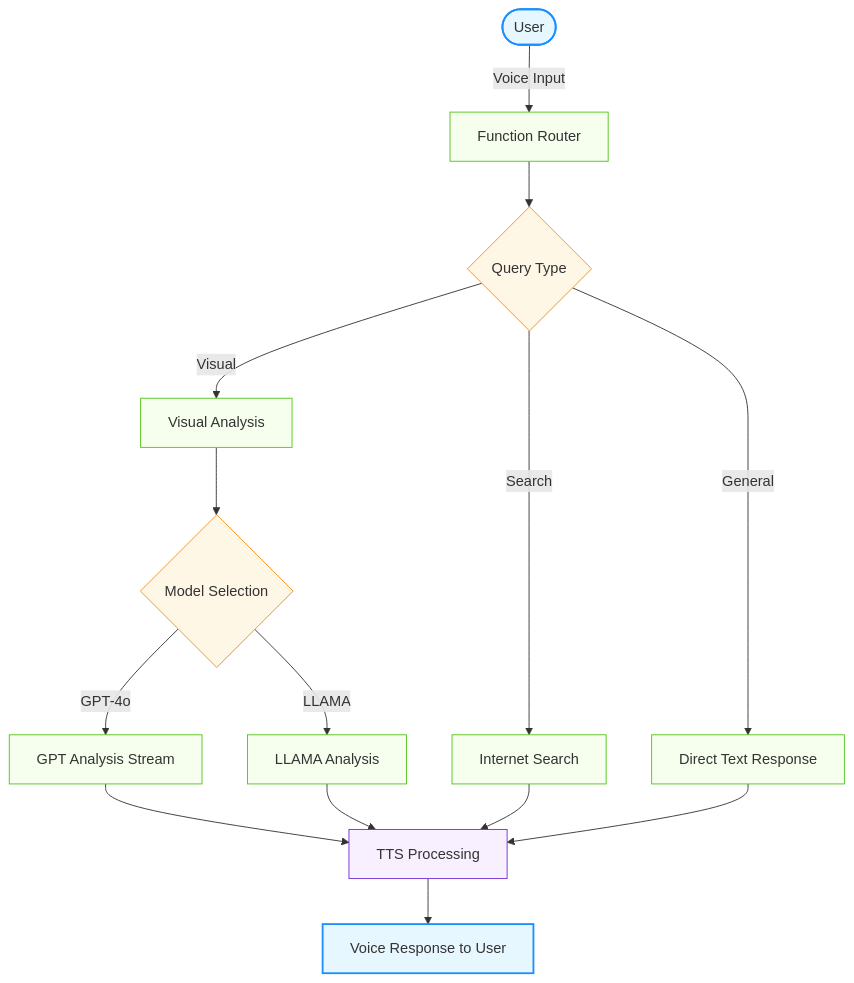
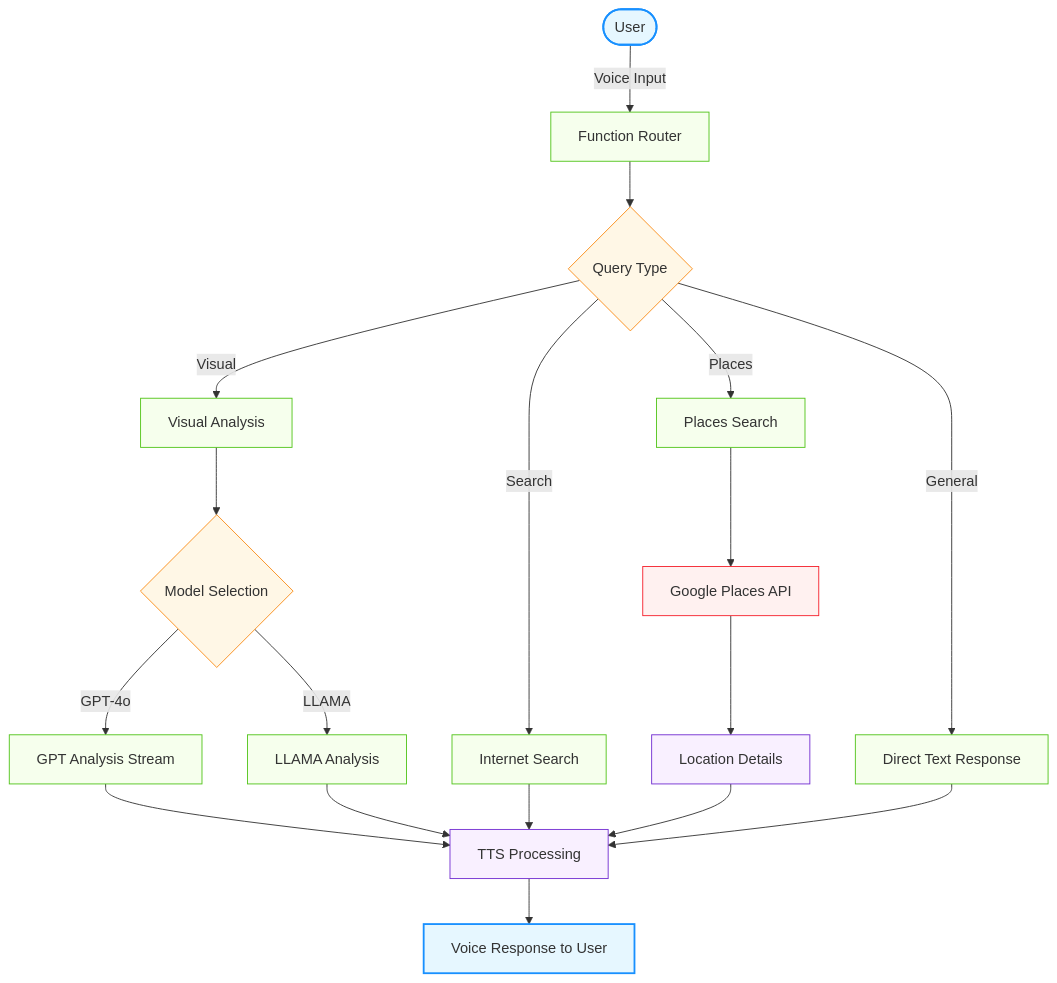
One commit to codingaslu/Voice-Vision-Assistant-for-Blind changed the diagram in README.md. Above: the diagram before and after it, drawn with Mermaid. The commit also changed 4 other files, not shown here.

````diff
--- a/README.md
+++ b/README.md
@@ -23,34 +23,42 @@
 ```mermaid
 graph TD
     %% Main flow - simplified
     User([User]) --> |"Voice Input"| Router["Function Router"]
     Router --> QueryType{"Query Type"}
     
     %% Simplified branches
     QueryType -->|"Visual"| VisualProcess["Visual Analysis"]
     QueryType -->|"Search"| SearchProcess["Internet Search"]
+    QueryType -->|"Places"| PlacesProcess["Places Search"]
     QueryType -->|"General"| TextProcess["Direct Text Response"]
     
     %% Simplified visual path
     VisualProcess --> ModelChoice{"Model Selection"}
     ModelChoice -->|"GPT-4o"| GPTAnalysis["GPT Analysis Stream"]
     ModelChoice -->|"LLAMA"| LLAMAAnalysis["LLAMA Analysis"]
     
+    %% Places path
+    PlacesProcess --> GooglePlaces["Google Places API"]
+    GooglePlaces --> PlacesResults["Location Details"]
+    
     %% Output consolidation - simplified
     GPTAnalysis --> Response["TTS Processing"]
     LLAMAAnalysis --> Response
     SearchProcess --> Response
+    PlacesResults --> Response
     TextProcess --> Response
     Response --> Deliver["Voice Response to User"]
     
     %% Styling
     classDef interface fill:#e6f7ff,stroke:#1890ff,stroke-width:2px
     classDef process fill:#f6ffed,stroke:#52c41a,stroke-width:1px
     classDef decision fill:#fff7e6,stroke:#fa8c16,stroke-width:1px
     classDef output fill:#f9f0ff,stroke:#722ed1,stroke-width:1px
+    classDef api fill:#fff1f0,stroke:#f5222d,stroke-width:1px
     
     class User,Deliver interface
-    class Router,VisualProcess,GPTAnalysis,LLAMAAnalysis,SearchProcess,TextProcess process
+    class Router,VisualProcess,GPTAnalysis,LLAMAAnalysis,SearchProcess,TextProcess,PlacesProcess process
     class QueryType,ModelChoice decision
-    class Response output
+    class Response,PlacesResults output
+    class GooglePlaces api
 ```
````
